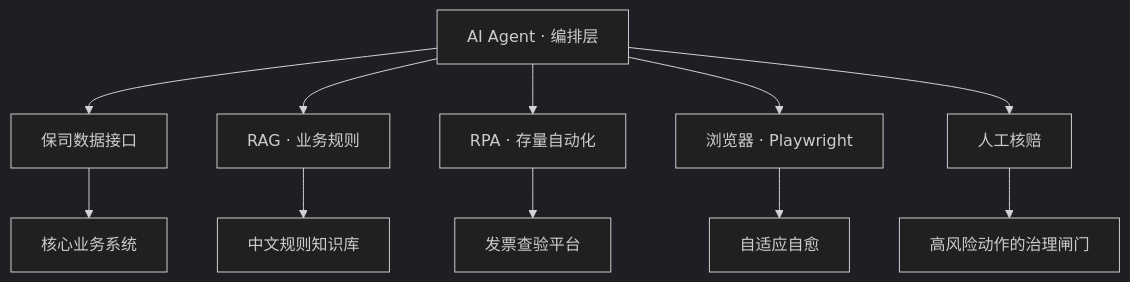
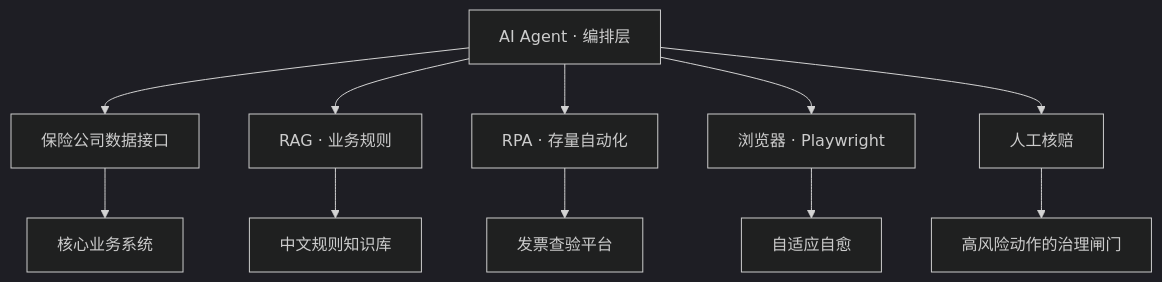
The first of 2 diagrams in README.md (Jack-CuiXiaodong/agentic-insurance-automation), drawn with Mermaid (dark theme) before and after one commit. The commit also changed other lines of this file, not shown here.

````diff
--- a/README.md
+++ b/README.md
@@ -19,14 +19,14 @@
 ```mermaid
 flowchart TD
     A[AI Agent · 编排层]
-    A --> API[保司数据接口]
+    A --> API[保险公司数据接口]
     A --> RAG[RAG · 业务规则]
     A --> RPA[RPA · 存量自动化]
     A --> BR[浏览器 · Playwright]
     A --> H[人工核赔]
     API --> M[核心业务系统]
     RAG --> KB[中文规则知识库]
     RPA --> L[发票查验平台]
     BR --> R[自适应自愈]
     H --> G[高风险动作的治理闸门]
 ```
````
